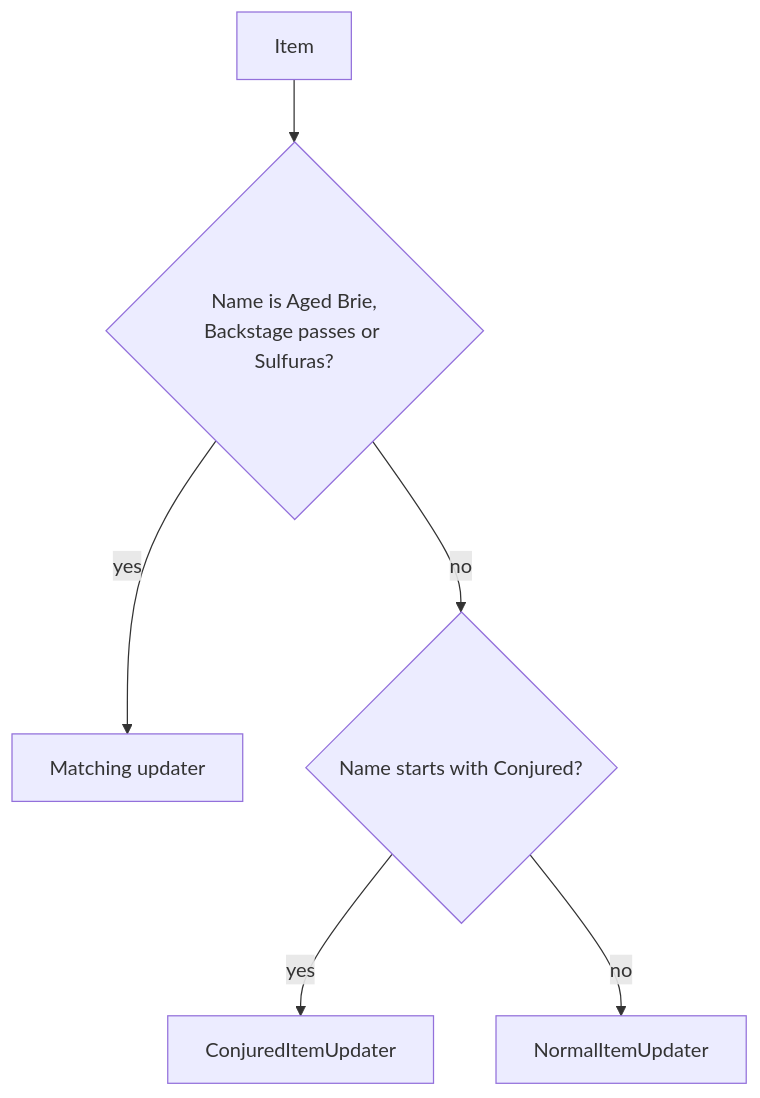
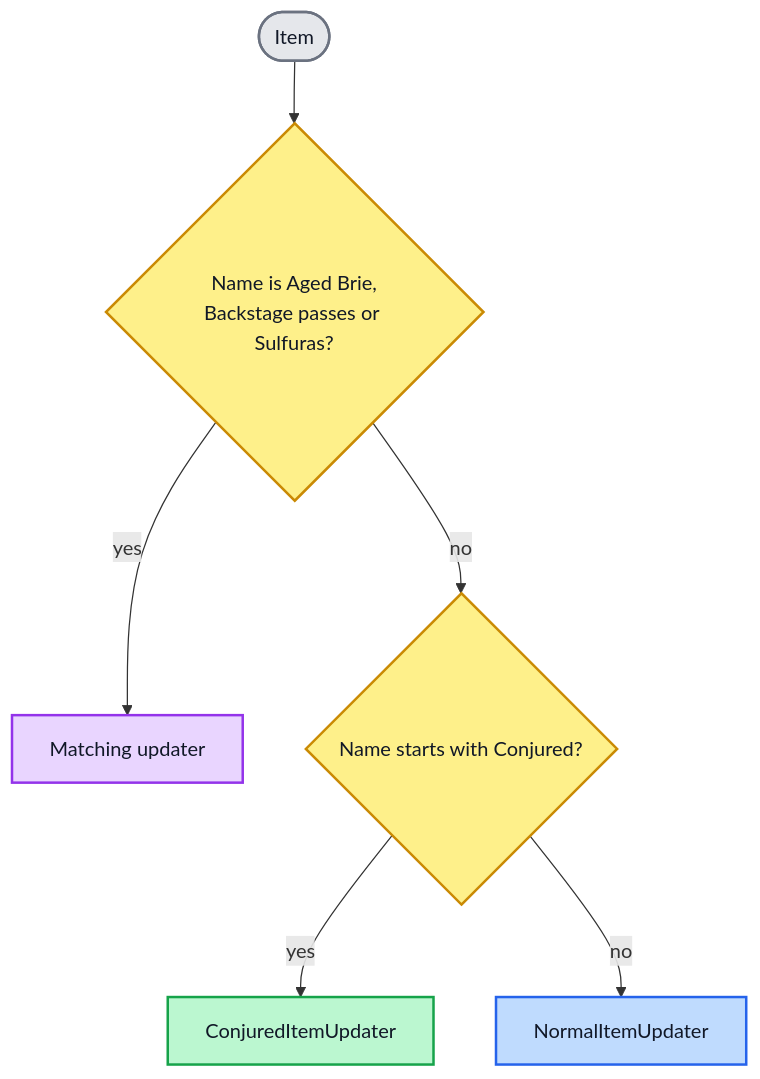
Before and after one commit to hemantpanchal67/engineering-test: the second of 3 diagrams in SOLUTION.md, drawn with Mermaid. The commit also changed other lines of this file, not shown here.

First line of the commit message:
docs: altered diagram, disclose AI use for documentation and diagrams

````diff
--- a/SOLUTION.md
+++ b/SOLUTION.md
@@ -75,8 +87,19 @@
 ```mermaid
 flowchart TD
-    A[Item] --> B{Name is Aged Brie,<br/>Backstage passes or Sulfuras?}
+    A([Item]) --> B{Name is Aged Brie,<br/>Backstage passes or Sulfuras?}
     B -- yes --> C[Matching updater]
     B -- no --> D{Name starts with Conjured?}
     D -- yes --> E[ConjuredItemUpdater]
     D -- no --> F[NormalItemUpdater]
+
+    classDef start fill:#e5e7eb,stroke:#6b7280,stroke-width:2px,color:#111827
+    classDef decision fill:#fef08a,stroke:#ca8a04,stroke-width:2px,color:#111827
+    classDef special fill:#e9d5ff,stroke:#9333ea,stroke-width:2px,color:#111827
+    classDef conjured fill:#bbf7d0,stroke:#16a34a,stroke-width:2px,color:#111827
+    classDef normal fill:#bfdbfe,stroke:#2563eb,stroke-width:2px,color:#111827
+    class A start
+    class B,D decision
+    class C special
+    class E conjured
+    class F normal
 ```
````
